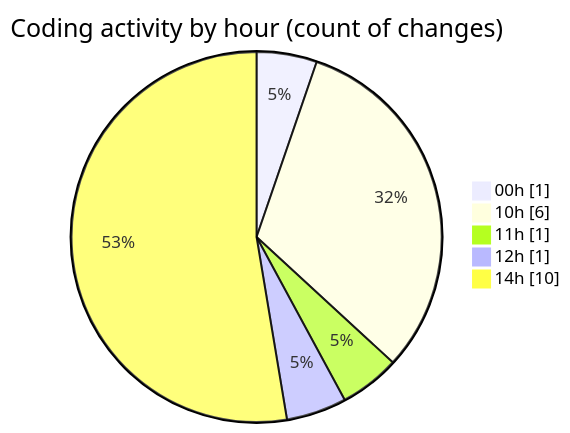
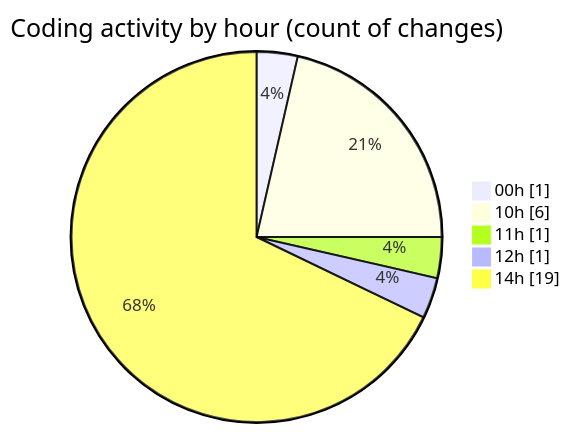
One commit to JenPaints/code-tracking changed the second of 2 diagrams in 2025-07-25/cohera/README.md. Above: the diagram before and after it, drawn with Mermaid. The commit also changed other lines of this file and 1 other file, not shown here.

````diff
--- a/2025-07-25/cohera/README.md
+++ b/2025-07-25/cohera/README.md
@@ -39,9 +39,9 @@
 ```mermaid
 pie showData
 title Coding activity by hour (count of changes)
 "00h" : 1
 "10h" : 6
 "11h" : 1
 "12h" : 1
-"14h" : 10
+"14h" : 19
 ```
````
